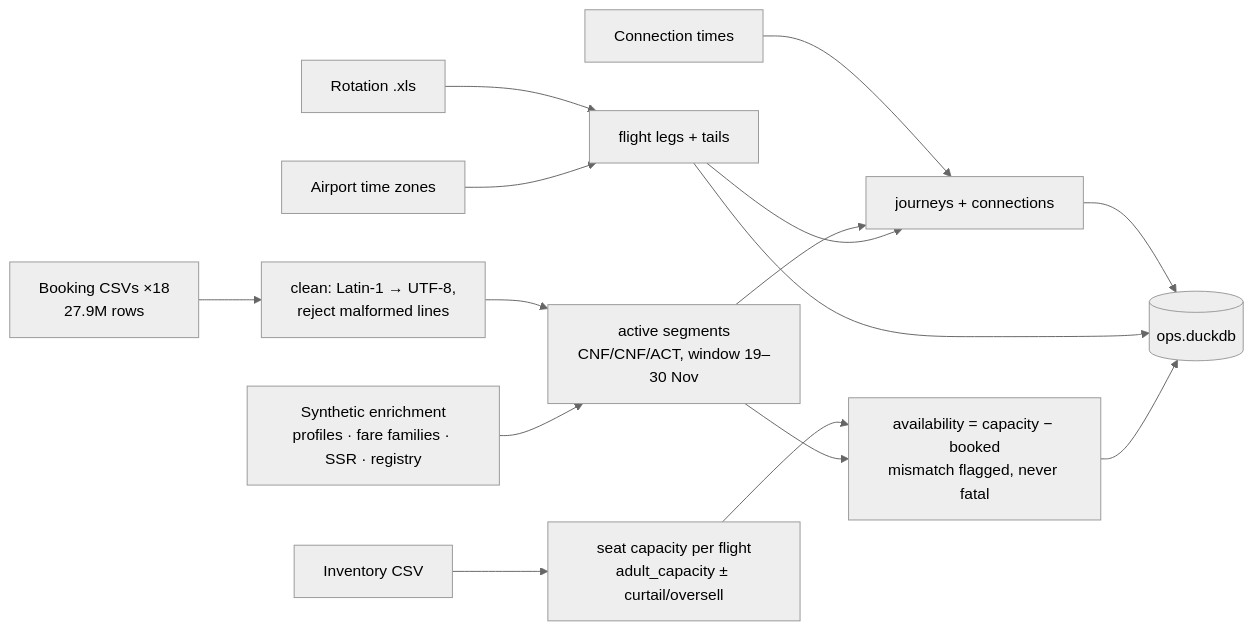
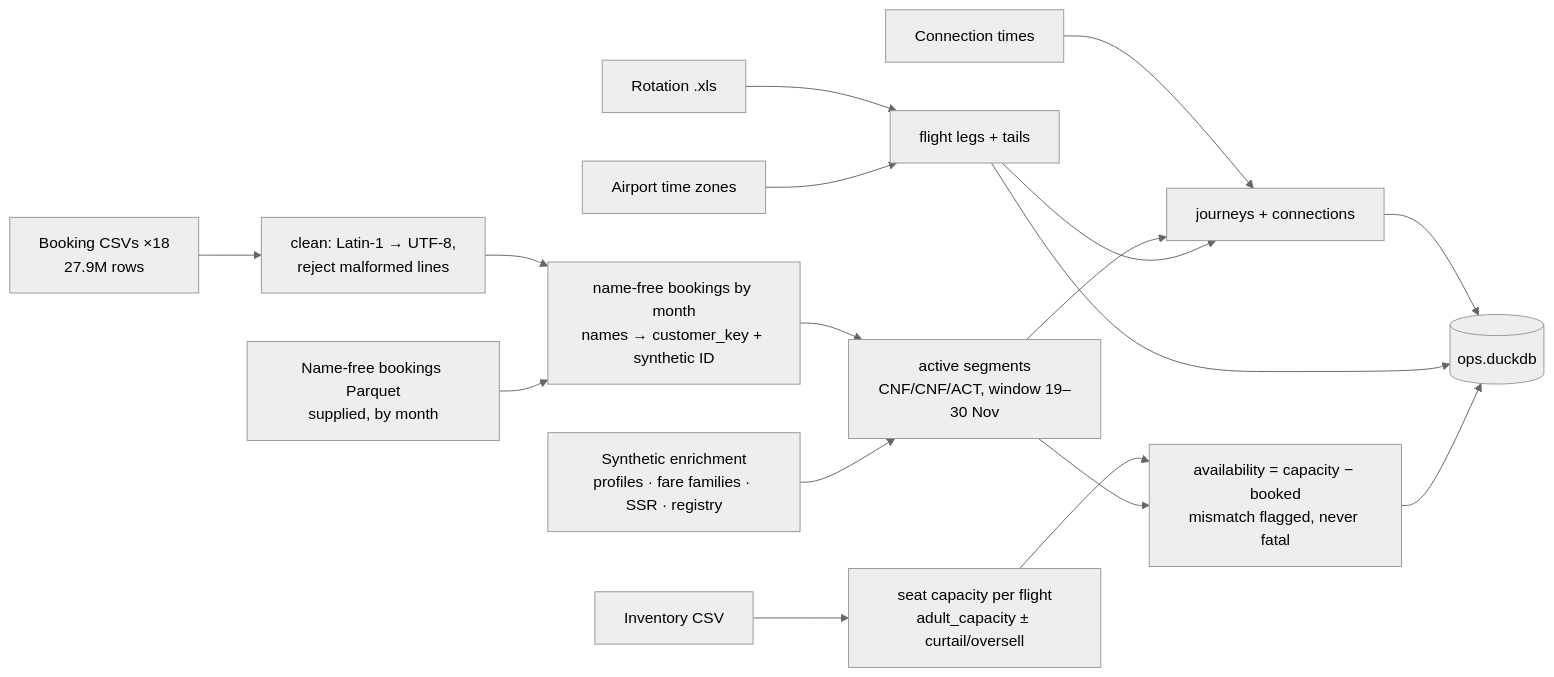
The fourth of 9 diagrams in products/disruption-advisor/source/disruption-advisor/docs/architecture/SYSTEM_ARCHITECTURE.md (bimsarav/Hackathon-606), drawn with Mermaid (neutral theme) before and after one commit. The commit also changed other lines of this file and 70 other files, not shown here.

````diff
--- a/products/disruption-advisor/source/disruption-advisor/docs/architecture/SYSTEM_ARCHITECTURE.md
+++ b/products/disruption-advisor/source/disruption-advisor/docs/architecture/SYSTEM_ARCHITECTURE.md
@@ -82,17 +84,19 @@
 ```mermaid
 flowchart LR
   B[Booking CSVs ×18<br/>27.9M rows] --> C1[clean: Latin-1 → UTF-8,<br/>reject malformed lines]
-  C1 --> C2[active segments<br/>CNF/CNF/ACT, window 19–30 Nov]
+  C1 --> NF[name-free bookings by month<br/>names → customer_key + synthetic ID]
+  BP[Name-free bookings Parquet<br/>supplied, by month] --> NF
+  NF --> C2[active segments<br/>CNF/CNF/ACT, window 19–30 Nov]
   R[Rotation .xls] --> L[flight legs + tails]
   I[Inventory CSV] --> S[seat capacity per flight<br/>adult_capacity ± curtail/oversell]
   M[Connection times] --> J
   T[Airport time zones] --> L
   SYN[Synthetic enrichment<br/>profiles · fare families · SSR · registry] --> C2
   C2 --> J[journeys + connections]
   L --> J
   S --> AV[availability = capacity − booked<br/>mismatch flagged, never fatal]
   C2 --> AV
   J --> OPS[(ops.duckdb)]
   L --> OPS
   AV --> OPS
 ```
````
